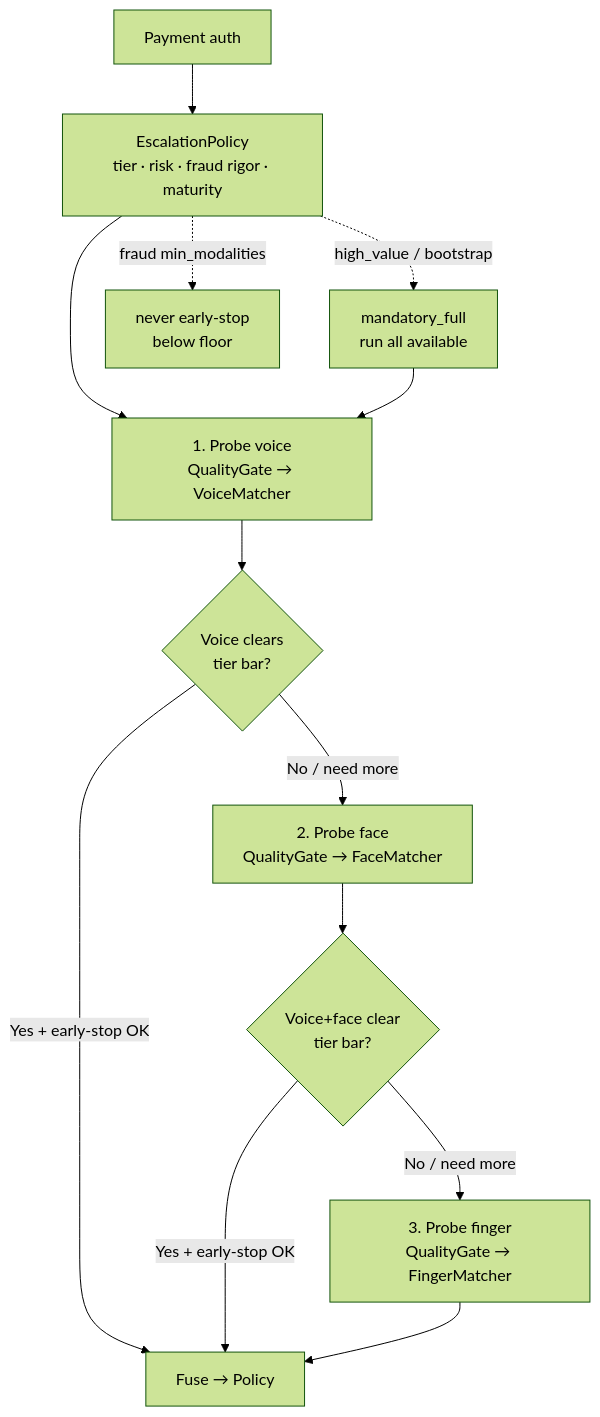
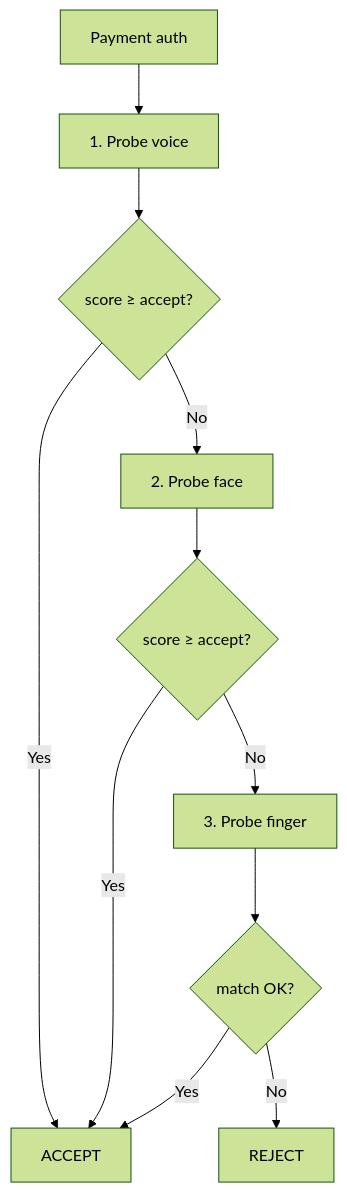
Before and after one commit to couder-04/Drive_auth_edge: the sixth of 8 diagrams in README.md, drawn with Mermaid (forest theme). The commit also changed other lines of this file and 269 other files, not shown here.

````diff
--- a/README.md
+++ b/README.md
@@ -228,16 +212,13 @@
 ```mermaid
 flowchart TD
-  START[Payment auth] --> PLAN["EscalationPolicy\ntier · risk · fraud rigor · maturity"]
-  PLAN --> V2["1. Probe voice\nQualityGate → VoiceMatcher"]
-  V2 --> VOK{Voice clears\ntier bar?}
-  VOK -->|Yes + early-stop OK| DONE[Fuse → Policy]
-  VOK -->|No / need more| F2["2. Probe face\nQualityGate → FaceMatcher"]
-  F2 --> FOK{Voice+face clear\ntier bar?}
-  FOK -->|Yes + early-stop OK| DONE
-  FOK -->|No / need more| G2["3. Probe finger\nQualityGate → FingerMatcher"]
-  G2 --> DONE
-
-  PLAN -.->|high_value / bootstrap| FULL["mandatory_full\nrun all available"]
-  FULL --> V2
-  PLAN -.->|fraud min_modalities| FLOOR["never early-stop\nbelow floor"]
+  START[Payment auth] --> V2["1. Probe voice"]
+  V2 --> VOK{score ≥ accept?}
+  VOK -->|Yes| ACC[ACCEPT]
+  VOK -->|No| F2["2. Probe face"]
+  F2 --> FOK{score ≥ accept?}
+  FOK -->|Yes| ACC
+  FOK -->|No| G2["3. Probe finger"]
+  G2 --> GOK{match OK?}
+  GOK -->|Yes| ACC
+  GOK -->|No| REJ[REJECT]
 ```
````
